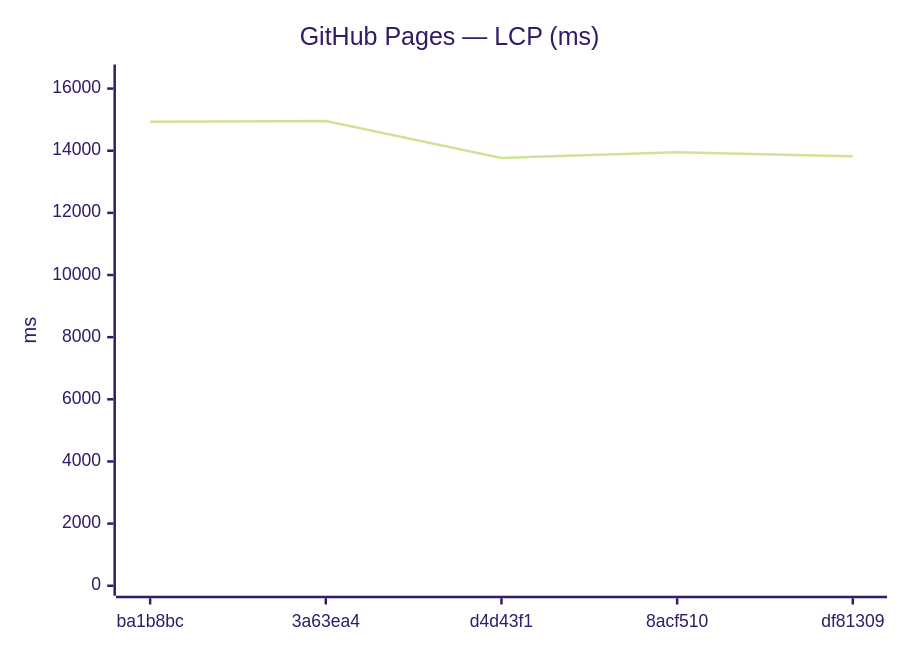
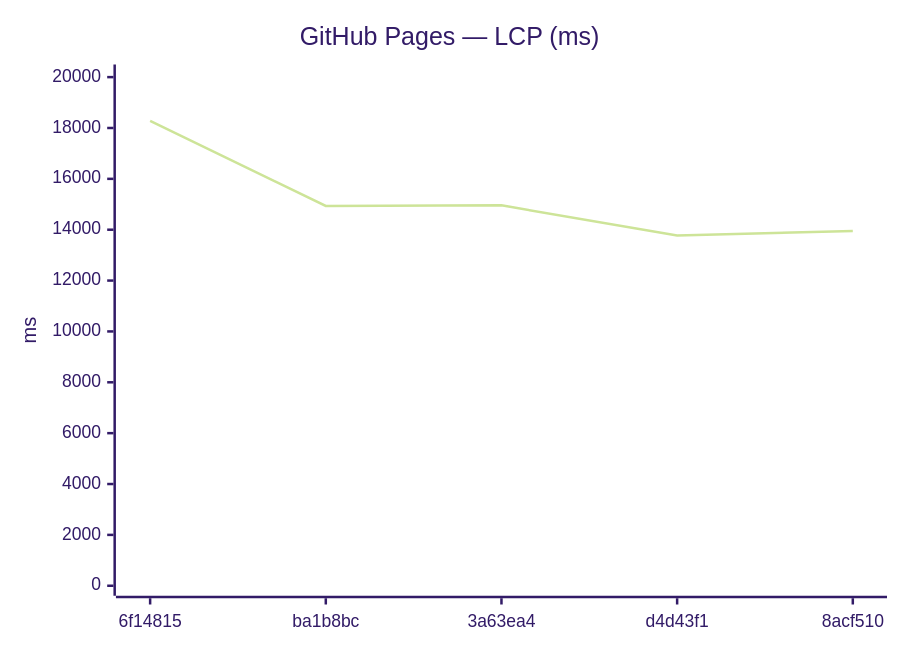
The ninth of 18 diagrams in benchmarks/compare.md (Metaheurist/Rianell), drawn with Mermaid (forest theme) before and after one commit. The commit also changed other lines of this file and 11 other files, not shown here.

````diff
--- a/benchmarks/compare.md
+++ b/benchmarks/compare.md
@@ -142,7 +142,7 @@
 ```mermaid
 xychart-beta
     title "GitHub Pages — LCP (ms)"
-    x-axis ["ba1b8bc", "3a63ea4", "d4d43f1", "8acf510", "df81309"]
-    y-axis "ms" 0 --> 16453
-    line [14936, 14957, 13769, 13952, 13820]
+    x-axis ["6f14815", "ba1b8bc", "3a63ea4", "d4d43f1", "8acf510"]
+    y-axis "ms" 0 --> 20103
+    line [18275, 14936, 14957, 13769, 13952]
 ```
````
